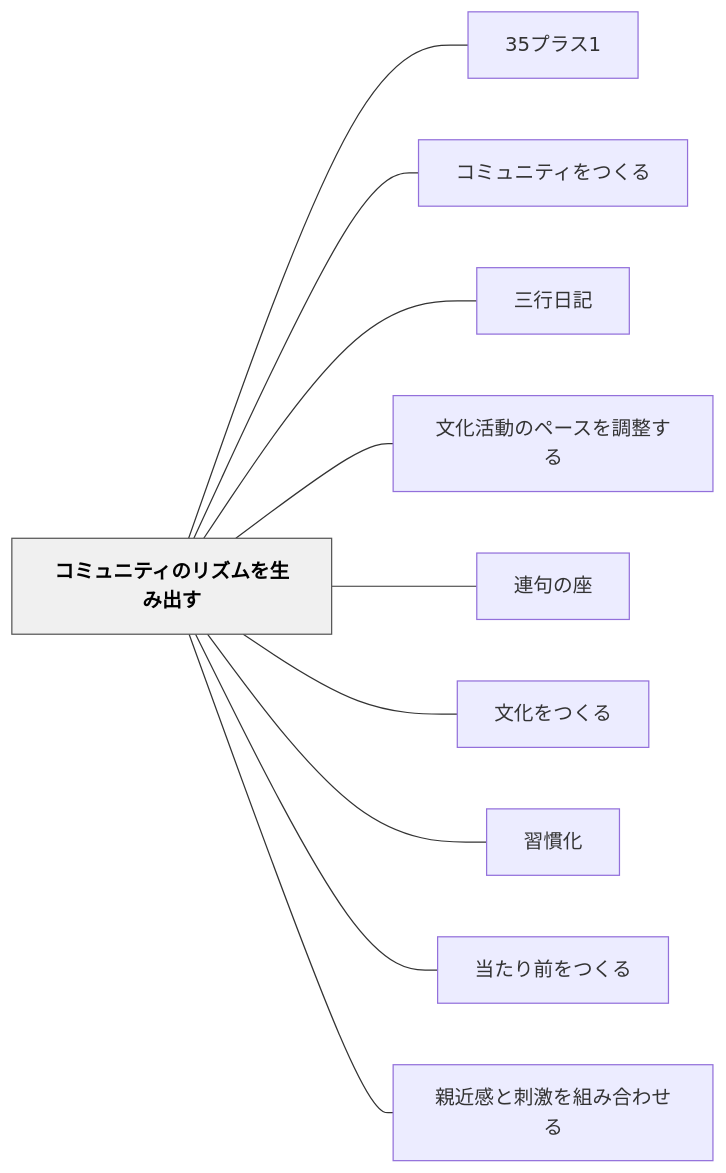
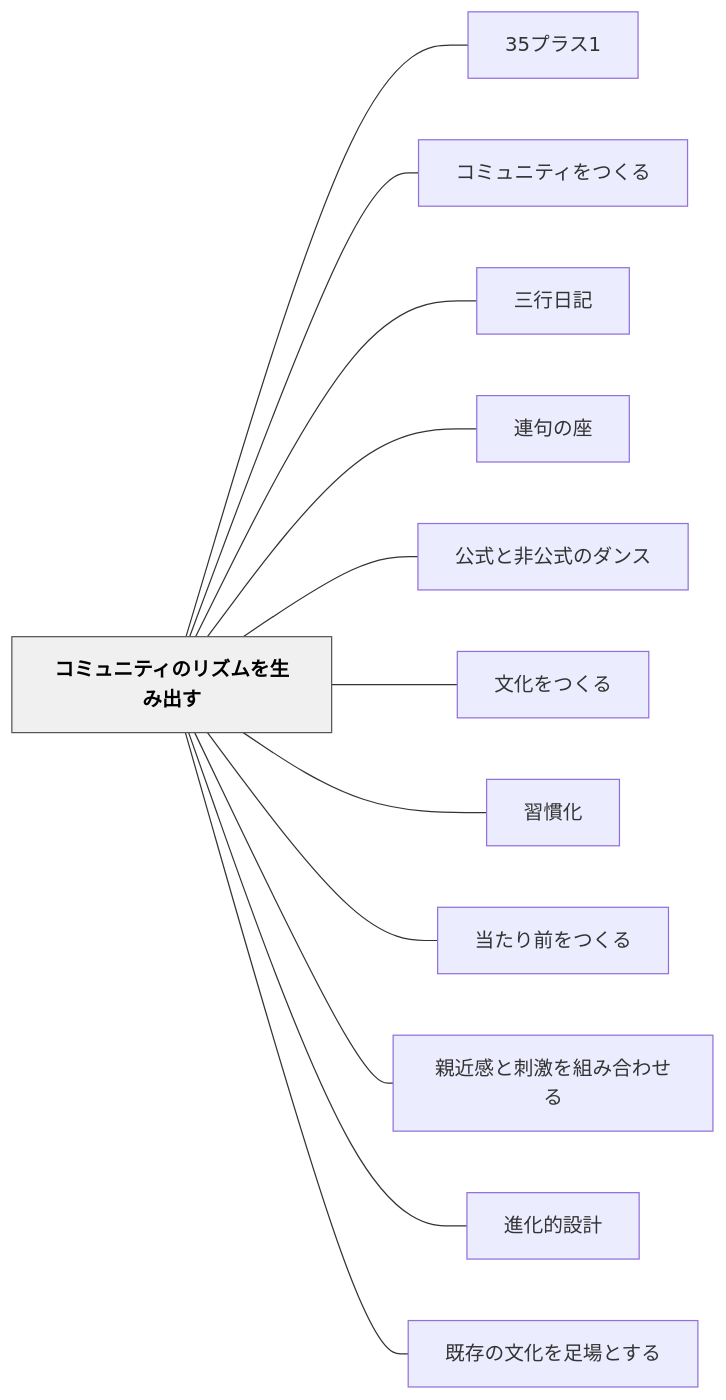
Before and after one commit to unknownthings-ed-patterns/unknownthings-ed-patterns: the diagram in content/パタン/コミュニティのリズムを生み出す.md, drawn with Mermaid. The commit also changed other lines of this file, not shown here.

````diff
--- a/content/パタン/コミュニティのリズムを生み出す.md
+++ b/content/パタン/コミュニティのリズムを生み出す.md
@@ -68,26 +92,30 @@
 ```mermaid
 flowchart LR
     ne382b3e3839fe383a5e3838be38386e382a3e381aee383aae382bae383a0e38292e7949fe381bfe587bae38199["コミュニティのリズムを生み出す"]
     n3335e38397e383a9e382b931["35プラス1"]
     ne382b3e3839fe383a5e3838be38386e382a3e38292e381a4e3818fe3828b["コミュニティをつくる"]
     ne4b889e8a18ce697a5e8a898["三行日記"]
-    ne69687e58c96e6b4bbe58b95e381aee3839ae383bce382b9e38292e8aabfe695b4e38199e3828b["文化活動のペースを調整する"]
     ne980a3e58fa5e381aee5baa7["連句の座"]
+    ne585ace5bc8fe381a8e99d9ee585ace5bc8fe381aee38380e383b3e382b9["公式と非公式のダンス"]
     ne69687e58c96e38292e381a4e3818fe3828b["文化をつくる"]
     ne7bf92e685a3e58c96["習慣化"]
     ne5bd93e3819fe3828ae5898de38292e381a4e3818fe3828b["当たり前をつくる"]
     ne8a6aae8bf91e6849fe381a8e588bae6bf80e38292e7b584e381bfe59088e3828fe3819be3828b["親近感と刺激を組み合わせる"]
+    ne980b2e58c96e79a84e8a8ade8a888["進化的設計"]
+    ne697a2e5ad98e381aee69687e58c96e38292e8b6b3e5a0b4e381a8e38199e3828b["既存の文化を足場とする"]
 
     ne382b3e3839fe383a5e3838be38386e382a3e381aee383aae382bae383a0e38292e7949fe381bfe587bae38199 --- n3335e38397e383a9e382b931
     ne382b3e3839fe383a5e3838be38386e382a3e381aee383aae382bae383a0e38292e7949fe381bfe587bae38199 --- ne382b3e3839fe383a5e3838be38386e382a3e38292e381a4e3818fe3828b
     ne382b3e3839fe383a5e3838be38386e382a3e381aee383aae382bae383a0e38292e7949fe381bfe587bae38199 --- ne4b889e8a18ce697a5e8a898
-    ne382b3e3839fe383a5e3838be38386e382a3e381aee383aae382bae383a0e38292e7949fe381bfe587bae38199 --- ne69687e58c96e6b4bbe58b95e381aee3839ae383bce382b9e38292e8aabfe695b4e38199e3828b
     ne382b3e3839fe383a5e3838be38386e382a3e381aee383aae382bae383a0e38292e7949fe381bfe587bae38199 --- ne980a3e58fa5e381aee5baa7
+    ne382b3e3839fe383a5e3838be38386e382a3e381aee383aae382bae383a0e38292e7949fe381bfe587bae38199 --- ne585ace5bc8fe381a8e99d9ee585ace5bc8fe381aee38380e383b3e382b9
     ne382b3e3839fe383a5e3838be38386e382a3e381aee383aae382bae383a0e38292e7949fe381bfe587bae38199 --- ne69687e58c96e38292e381a4e3818fe3828b
     ne382b3e3839fe383a5e3838be38386e382a3e381aee383aae382bae383a0e38292e7949fe381bfe587bae38199 --- ne7bf92e685a3e58c96
     ne382b3e3839fe383a5e3838be38386e382a3e381aee383aae382bae383a0e38292e7949fe381bfe587bae38199 --- ne5bd93e3819fe3828ae5898de38292e381a4e3818fe3828b
     ne382b3e3839fe383a5e3838be38386e382a3e381aee383aae382bae383a0e38292e7949fe381bfe587bae38199 --- ne8a6aae8bf91e6849fe381a8e588bae6bf80e38292e7b584e381bfe59088e3828fe3819be3828b
+    ne382b3e3839fe383a5e3838be38386e382a3e381aee383aae382bae383a0e38292e7949fe381bfe587bae38199 --- ne980b2e58c96e79a84e8a8ade8a888
+    ne382b3e3839fe383a5e3838be38386e382a3e381aee383aae382bae383a0e38292e7949fe381bfe587bae38199 --- ne697a2e5ad98e381aee69687e58c96e38292e8b6b3e5a0b4e381a8e38199e3828b
 
     classDef hub fill:#f0f0f0,stroke:#555,color:#000,font-weight:bold
     class ne382b3e3839fe383a5e3838be38386e382a3e381aee383aae382bae383a0e38292e7949fe381bfe587bae38199 hub
 ```
````
